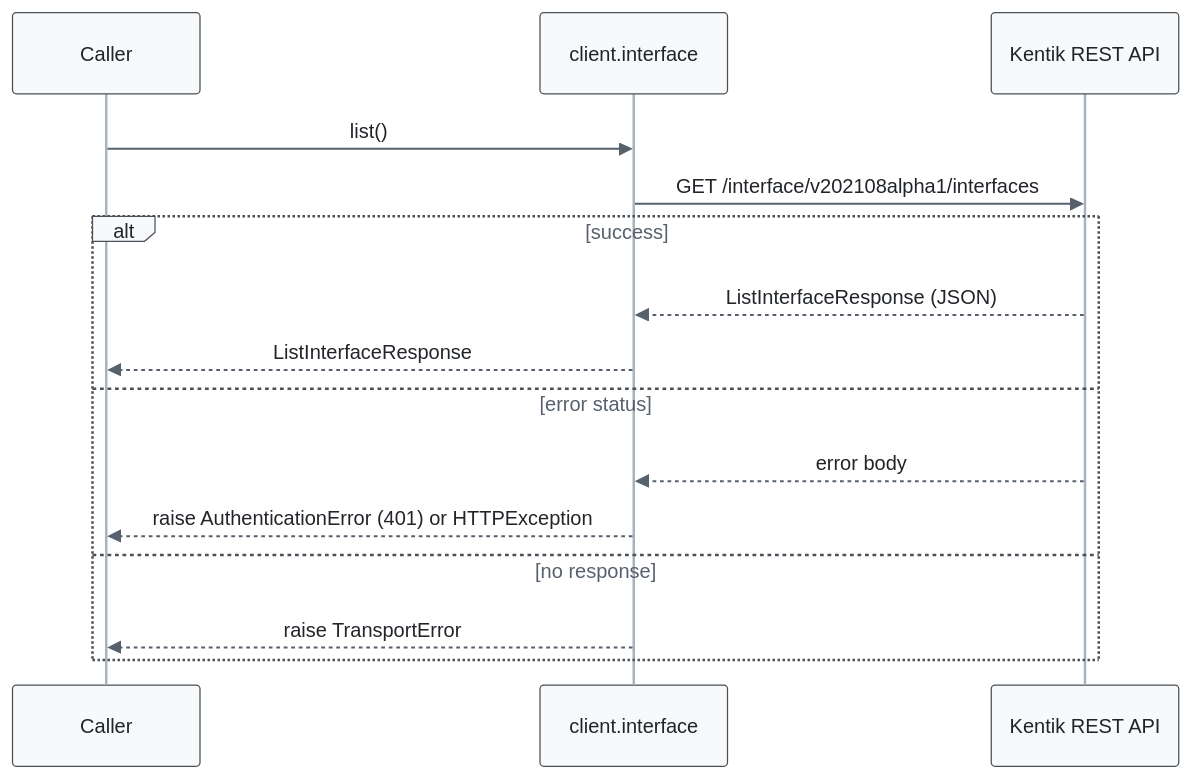
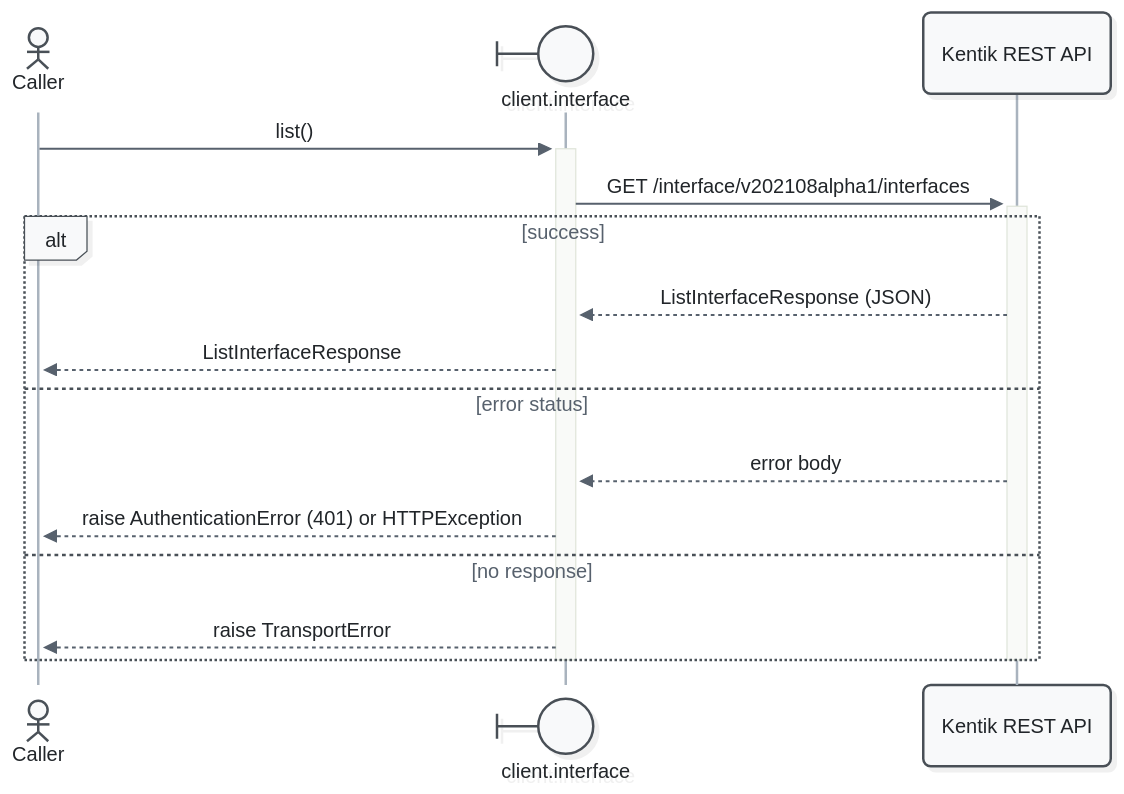
One commit to alexdearaujo/community_sdk_python changed the first of 13 diagrams in docs/sphinx/services/interface.md. Above: the diagram before and after it, drawn with Mermaid. The commit also changed other lines of this file and 52 other files, not shown here.

First line of the commit message:
docs: Mermaid 12 sequence diagrams with participant types and path colors

````diff
--- a/docs/sphinx/services/interface.md
+++ b/docs/sphinx/services/interface.md
@@ -33,19 +33,21 @@
 ```mermaid
-%%{init: {"theme": "base", "fontFamily": "ui-monospace, SFMono-Regular, Menlo, monospace", "themeVariables": {"fontFamily": "ui-monospace, SFMono-Regular, Menlo, monospace", "primaryColor": "#f8f9fa", "primaryBorderColor": "#495057", "primaryTextColor": "#212529", "textColor": "#212529", "lineColor": "#77818c", "edgeLabelBackground": "#ffffff", "actorBkg": "#f8f9fa", "actorBorder": "#495057", "actorTextColor": "#212529", "actorLineColor": "#a9b3be", "signalColor": "#57616d", "signalTextColor": "#212529", "labelBoxBkgColor": "#f8f9fa", "labelBoxBorderColor": "#495057", "labelTextColor": "#212529", "loopTextColor": "#57616d", "noteBkgColor": "#fff9db", "noteBorderColor": "#f08c00", "noteTextColor": "#a35a00"}, "flowchart": {"curve": "step", "nodeSpacing": 30, "rankSpacing": 70, "wrappingWidth": 400}}}%%
+%%{init: {"theme": "redux", "look": "neo", "layout": "dagre", "fontFamily": "ui-monospace, SFMono-Regular, Menlo, monospace", "themeVariables": {"fontFamily": "ui-monospace, SFMono-Regular, Menlo, monospace", "primaryColor": "#f8f9fa", "primaryBorderColor": "#495057", "primaryTextColor": "#212529", "textColor": "#212529", "lineColor": "#77818c", "edgeLabelBackground": "#ffffff", "actorBkg": "#f8f9fa", "actorBorder": "#495057", "actorTextColor": "#212529", "actorLineColor": "#a9b3be", "signalColor": "#57616d", "signalTextColor": "#212529", "labelBoxBkgColor": "#f8f9fa", "labelBoxBorderColor": "#495057", "labelTextColor": "#212529", "loopTextColor": "#57616d", "noteBkgColor": "#fff9db", "noteBorderColor": "#f08c00", "noteTextColor": "#a35a00"}, "sequence": {"activationWidth": 16}, "flowchart": {"curve": "step", "nodeSpacing": 30, "rankSpacing": 70, "wrappingWidth": 400}}}%%
 sequenceDiagram
-    participant C as Caller
-    participant W as client.interface
+    actor C as Caller
+    participant W@{ "type": "boundary" } as client.interface
     participant API as Kentik REST API
 
-    C->>W: list()
-    W->>API: GET /interface/v202108alpha1/interfaces
+    C->>+W: list()
+    W->>+API: GET /interface/v202108alpha1/interfaces
     alt success
         API-->>W: ListInterfaceResponse (JSON)
         W-->>C: ListInterfaceResponse
     else error status
         API-->>W: error body
         W-->>C: raise AuthenticationError (401) or HTTPException
     else no response
         W-->>C: raise TransportError
     end
+    deactivate API
+    deactivate W
 ```
````
